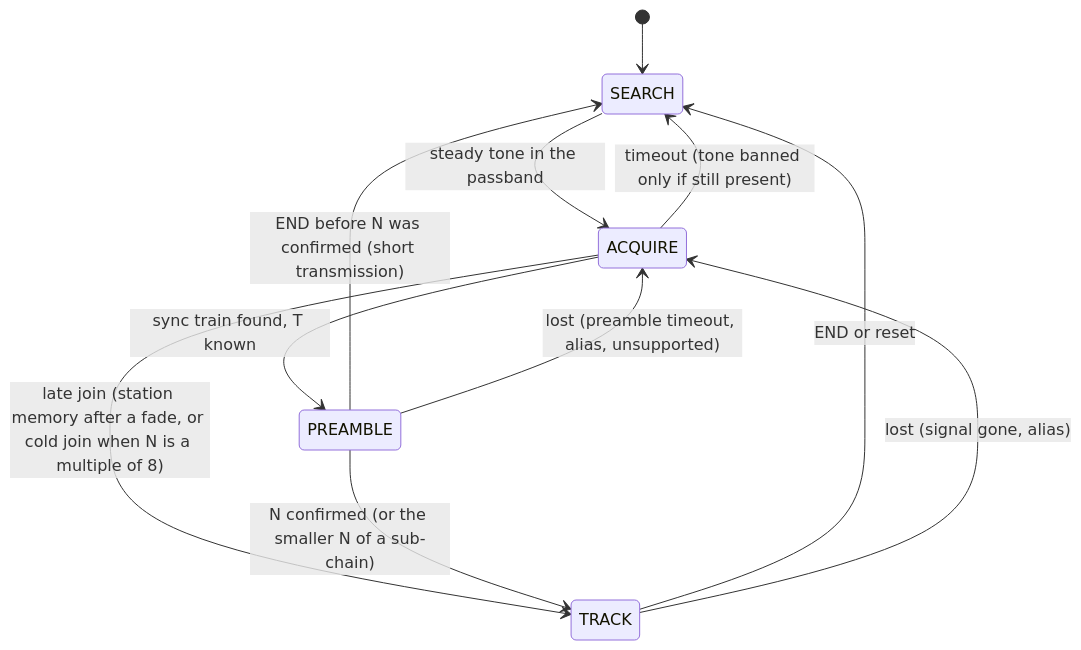
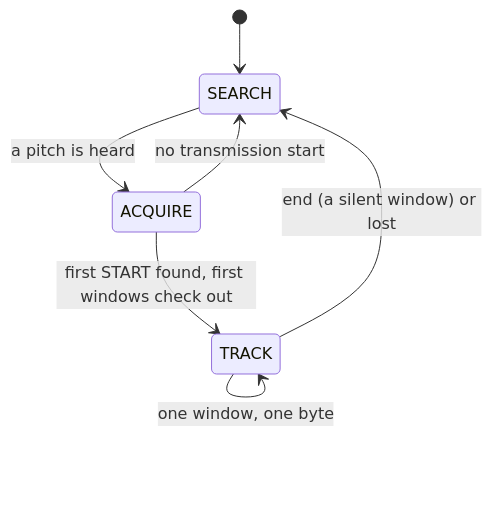
One commit to solariun/unlimited changed the second of 6 diagrams in spec.md. Above: the diagram before and after it, drawn with Mermaid. The commit also changed other lines of this file and 80 other files, not shown here.

````diff
--- a/spec.md
+++ b/spec.md
@@ -837,13 +240,9 @@
 ```mermaid
 stateDiagram-v2
     [*] --> SEARCH
-    SEARCH --> ACQUIRE: steady tone in the passband
-    ACQUIRE --> SEARCH: timeout (tone banned only if still present)
-    ACQUIRE --> PREAMBLE: sync train found, T known
-    ACQUIRE --> TRACK: late join (station memory after a fade, or cold join when N is a multiple of 8)
-    PREAMBLE --> TRACK: N confirmed (or the smaller N of a sub-chain)
-    PREAMBLE --> SEARCH: END before N was confirmed (short transmission)
-    PREAMBLE --> ACQUIRE: lost (preamble timeout, alias, unsupported)
-    TRACK --> SEARCH: END or reset
-    TRACK --> ACQUIRE: lost (signal gone, alias)
+    SEARCH --> ACQUIRE: a pitch is heard
+    ACQUIRE --> TRACK: first START found, first windows check out
+    ACQUIRE --> SEARCH: no transmission start
+    TRACK --> TRACK: one window, one byte
+    TRACK --> SEARCH: end (a silent window) or lost
 ```
````
